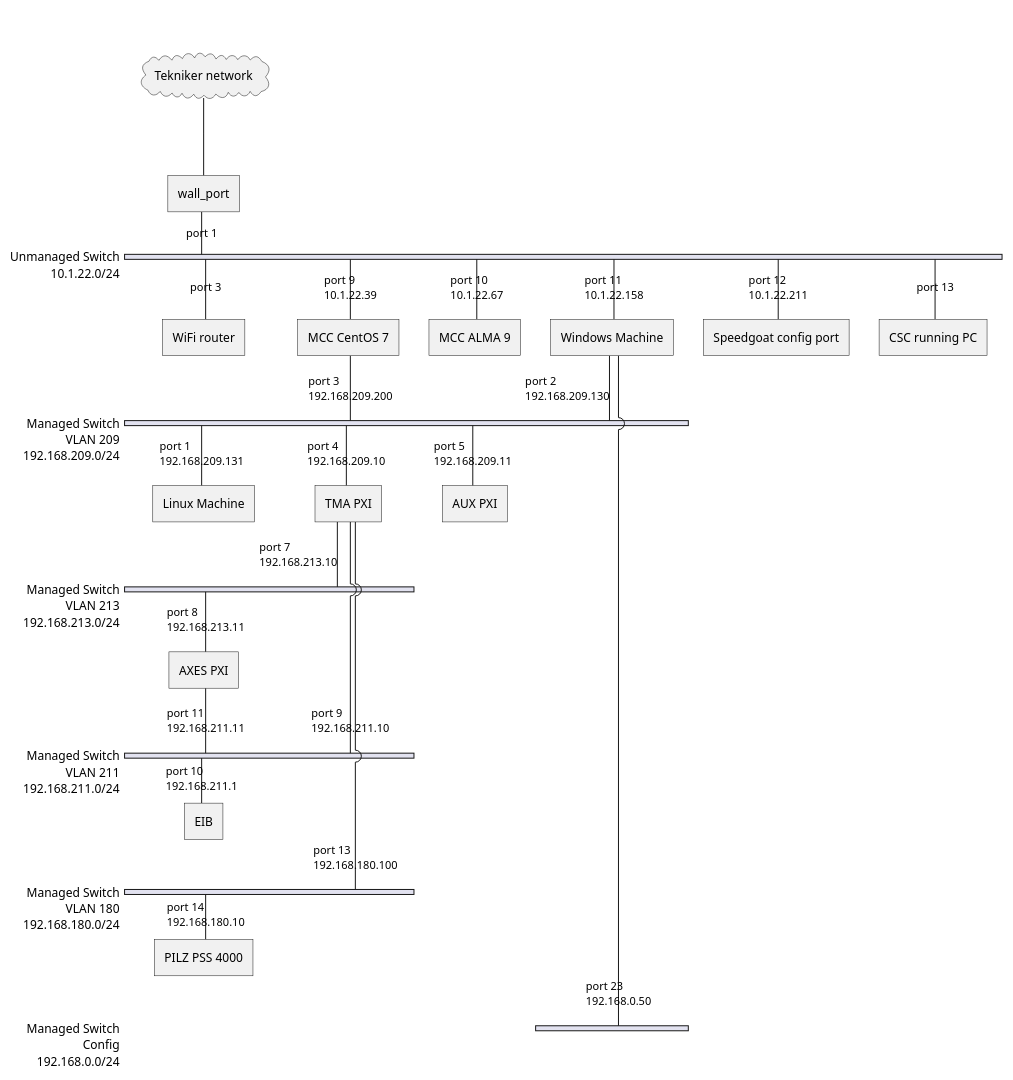
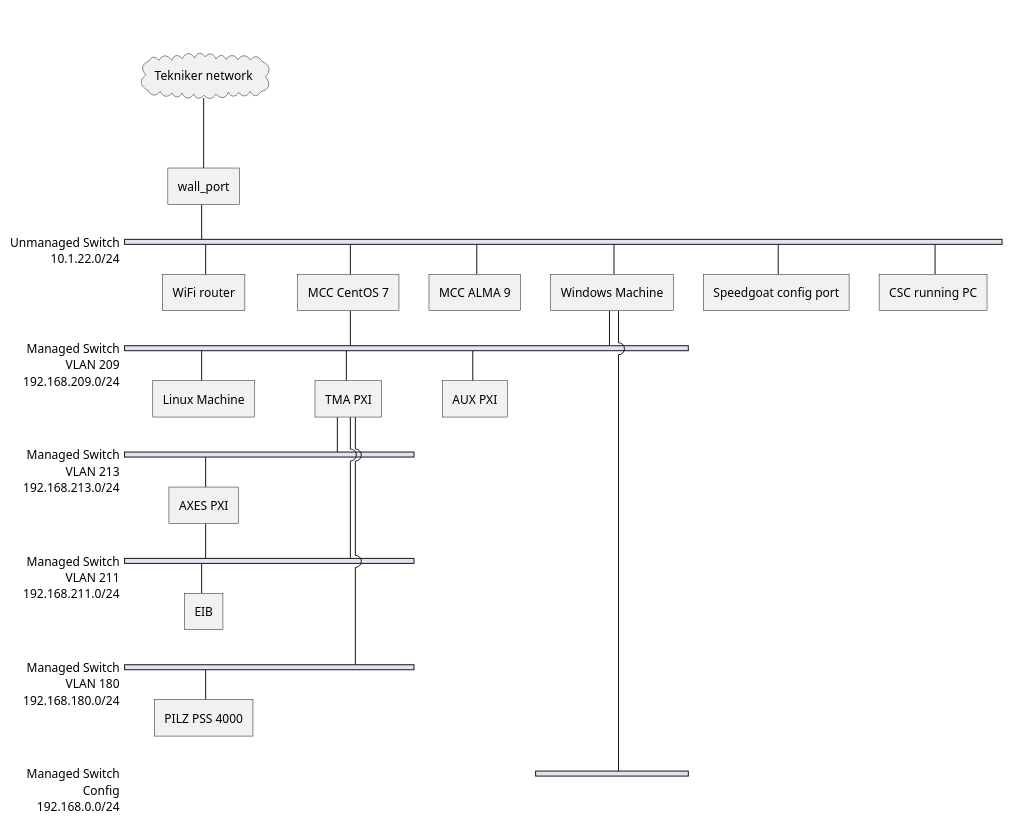
Before and after one commit to lsst-ts/ts_tma: the first of 8 diagrams in docs/ats_tekniker/ATS_HardwareDesign.md, drawn with PlantUML.

Commit message:
style: improve the readability of the ethernet connections general diagram

````diff
--- a/docs/ats_tekniker/ATS_HardwareDesign.md
+++ b/docs/ats_tekniker/ATS_HardwareDesign.md
@@ -132,63 +132,63 @@
 ```plantuml
 @startuml network connections
 nwdiag {
     tekniker_network [ shape = cloud, description = "Tekniker network"];
     tekniker_network -- wall_port
     network d_link {
       address = "10.1.22.0/24"
       description = "Unmanaged Switch"
 
-      wall_port [address = "port 1"]
-      router [address = "port 3" description = "WiFi router"]
-      ats_mcc [address = "port 9\n10.1.22.39" description = "MCC CentOS 7"]
-      alma [address = "port 10\n10.1.22.67" description = "MCC ALMA 9"]
-      ats_win [address = "port 11\n10.1.22.158" description = "ATS Windows"]
-      speedgoat [address = "port 12\n10.1.22.211" description = "Speedgoat config port"]
-      csc [address = "port 13" description = "CSC running PC"]
+      wall_port
+      router [description = "WiFi router"]
+      ats_mcc [description = "MCC CentOS 7"]
+      alma [description = "MCC ALMA 9"]
+      ats_win [description = "ATS Windows"]
+      speedgoat [description = "Speedgoat config port"]
+      csc [description = "CSC running PC"]
     }
 
     network netgear_209 {
         address = "192.168.209.0/24"
         description = "Managed Switch\nVLAN 209"
         
-        ats_linux [address = "port 1\n192.168.209.131" description = "Linux Machine"]
-        ats_win [address = "port 2\n192.168.209.130" description = "Windows Machine"]
-        ats_mcc [address = "port 3\n192.168.209.200" description = "MCC CentOS 7"]
-        ats_tma [address = "port 4\n192.168.209.10" description = "TMA PXI"]
-        ats_aux [address = "port 5\n192.168.209.11" description = "AUX PXI"]
+        ats_linux [ description = "Linux Machine"]
+        ats_win [ description = "Windows Machine"]
+        ats_mcc [ description = "MCC CentOS 7"]
+        ats_tma [ description = "TMA PXI"]
+        ats_aux [ description = "AUX PXI"]
     }
 
     network netgear_213 {
         address = "192.168.213.0/24"
         description = "Managed Switch\nVLAN 213"
         
-        ats_tma [address = "port 7\n192.168.213.10" description = "TMA PXI"]
-        ats_axes [address = "port 8\n192.168.213.11" description = "AXES PXI"]
+        ats_tma [ description = "TMA PXI"]
+        ats_axes [ description = "AXES PXI"]
     }
 
     network netgear_211 {
         address = "192.168.211.0/24"
         description = "Managed Switch\nVLAN 211"
         
-        ats_tma [address = "port 9\n192.168.211.10" description = "TMA PXI"]
-        ats_eib [address = "port 10\n192.168.211.1" description = "EIB"]
-        ats_axes [address = "port 11\n192.168.211.11" description = "AXES PXI"]
+        ats_tma [ description = "TMA PXI"]
+        ats_eib [ description = "EIB"]
+        ats_axes [ description = "AXES PXI"]
     }
 
     network netgear_180 {
         address = "192.168.180.0/24"
         description = "Managed Switch\nVLAN 180"
         
-        ats_tma [address = "port 13\n192.168.180.100" description = "TMA PXI"]
-        ats_pilz [address = "port 14\n192.168.180.10" description = "PILZ PSS 4000"]
+        ats_tma [ description = "TMA PXI"]
+        ats_pilz [ description = "PILZ PSS 4000"]
     }
 
     network netgear_config {
         address = "192.168.0.0/24"
         description = "Managed Switch\nConfig"
 
-        ats_win [address = "port 23\n192.168.0.50" description = "Windows Machine"]
+        ats_win [ description = "Windows Machine"]
     }
 }
 @enduml
 ```
````
